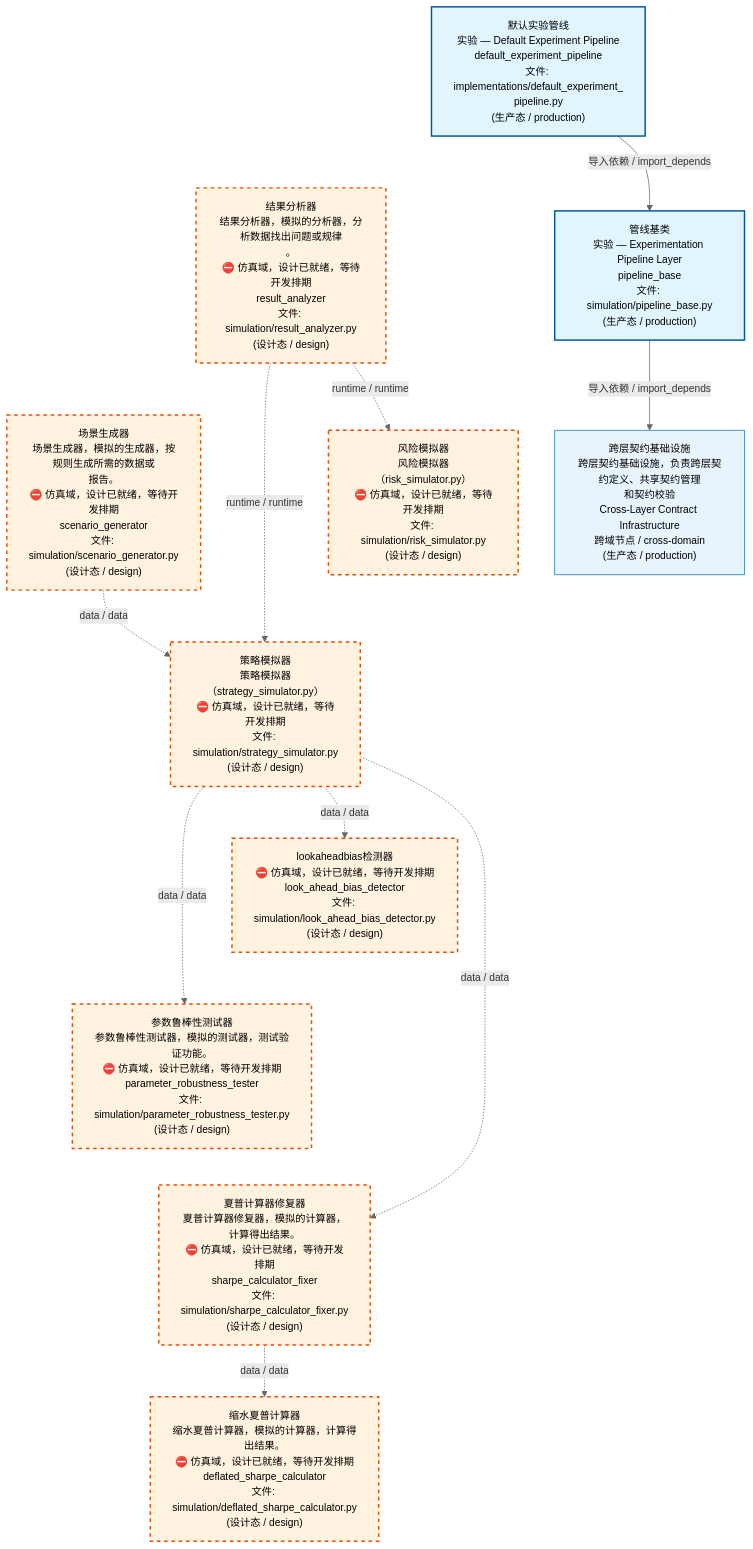
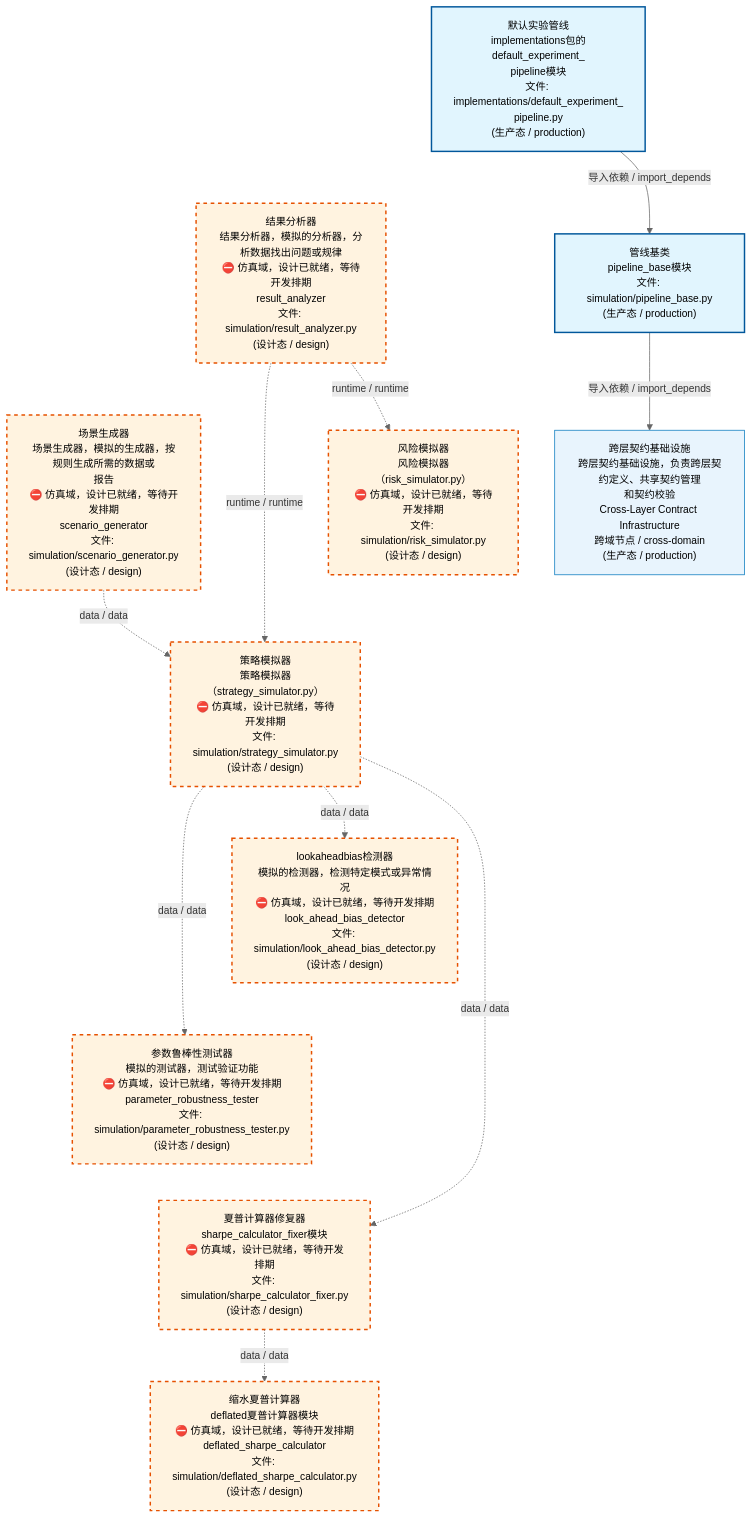
One commit to xuanFelixVan/ZephyrAlpha changed the first of 4 diagrams in docs/02_enterprise_architecture/02_domain_architecture_docs/70_d_simulation.md. Above: the diagram before and after it, drawn with Mermaid. The commit also changed other lines of this file and 62 other files, not shown here.

````diff
--- a/docs/02_enterprise_architecture/02_domain_architecture_docs/70_d_simulation.md
+++ b/docs/02_enterprise_architecture/02_domain_architecture_docs/70_d_simulation.md
@@ -53,37 +53,37 @@
 ```mermaid
 %%{init: {'theme': 'base', 'themeVariables': {'primaryColor': '#eaeaea', 'primaryTextColor': '#333333', 'primaryBorderColor': '#666666', 'lineColor': '#666666', 'secondaryColor': '#eaeaea', 'tertiaryColor': '#eaeaea', 'fontSize': '14px'}}}%%
 flowchart TD
-    src_zephyr_simulation_implementations_default_experiment_pipeline_py["默认实验管线<br/>实验 — Default Experiment Pipeline<br/>default_experiment_pipeline<br/>文件: implementations/default_experiment_<br/>pipeline.py<br/>(生产态 / production)"]
-    src_zephyr_simulation_result_analyzer_py["结果分析器<br/>结果分析器，模拟的分析器，分析数据找出问题或规律<br/>。<br/>⛔ 仿真域，设计已就绪，等待开发排期<br/>result_analyzer<br/>文件: simulation/result_analyzer.py<br/>(设计态 / design)"]
-    src_zephyr_simulation_scenario_generator_py["场景生成器<br/>场景生成器，模拟的生成器，按规则生成所需的数据或<br/>报告。<br/>⛔ 仿真域，设计已就绪，等待开发排期<br/>scenario_generator<br/>文件: simulation/scenario_generator.py<br/>(设计态 / design)"]
+    src_zephyr_simulation_implementations_default_experiment_pipeline_py["默认实验管线<br/>implementations包的default_experiment_<br/>pipeline模块<br/>文件: implementations/default_experiment_<br/>pipeline.py<br/>(生产态 / production)"]
+    src_zephyr_simulation_result_analyzer_py["结果分析器<br/>结果分析器，模拟的分析器，分析数据找出问题或规律<br/>⛔ 仿真域，设计已就绪，等待开发排期<br/>result_analyzer<br/>文件: simulation/result_analyzer.py<br/>(设计态 / design)"]
+    src_zephyr_simulation_scenario_generator_py["场景生成器<br/>场景生成器，模拟的生成器，按规则生成所需的数据或<br/>报告<br/>⛔ 仿真域，设计已就绪，等待开发排期<br/>scenario_generator<br/>文件: simulation/scenario_generator.py<br/>(设计态 / design)"]
     src_zephyr_simulation_implementations_default_experiment_pipeline_py ~~~ src_zephyr_simulation_result_analyzer_py
     src_zephyr_simulation_result_analyzer_py ~~~ src_zephyr_simulation_scenario_generator_py
-    src_zephyr_simulation_pipeline_base_py["管线基类<br/>实验 — Experimentation Pipeline Layer<br/>pipeline_base<br/>文件: simulation/pipeline_base.py<br/>(生产态 / production)"]
+    src_zephyr_simulation_pipeline_base_py["管线基类<br/>pipeline_base模块<br/>文件: simulation/pipeline_base.py<br/>(生产态 / production)"]
     src_zephyr_simulation_risk_simulator_py["风险模拟器<br/>风险模拟器（risk_simulator.py）<br/>⛔ 仿真域，设计已就绪，等待开发排期<br/>文件: simulation/risk_simulator.py<br/>(设计态 / design)"]
     src_zephyr_simulation_strategy_simulator_py["策略模拟器<br/>策略模拟器（strategy_simulator.py）<br/>⛔ 仿真域，设计已就绪，等待开发排期<br/>文件: simulation/strategy_simulator.py<br/>(设计态 / design)"]
     src_zephyr_simulation_pipeline_base_py ~~~ src_zephyr_simulation_risk_simulator_py
     src_zephyr_simulation_risk_simulator_py ~~~ src_zephyr_simulation_strategy_simulator_py
-    src_zephyr_simulation_look_ahead_bias_detector_py["lookaheadbias检测器<br/>⛔ 仿真域，设计已就绪，等待开发排期<br/>look_ahead_bias_detector<br/>文件: simulation/look_ahead_bias_detector.py<br/>(设计态 / design)"]
-    src_zephyr_simulation_parameter_robustness_tester_py["参数鲁棒性测试器<br/>参数鲁棒性测试器，模拟的测试器，测试验证功能。<br/>⛔ 仿真域，设计已就绪，等待开发排期<br/>parameter_robustness_tester<br/>文件: simulation/parameter_robustness_tester.py<br/>(设计态 / design)"]
-    src_zephyr_simulation_sharpe_calculator_fixer_py["夏普计算器修复器<br/>夏普计算器修复器，模拟的计算器，计算得出结果。<br/>⛔ 仿真域，设计已就绪，等待开发排期<br/>sharpe_calculator_fixer<br/>文件: simulation/sharpe_calculator_fixer.py<br/>(设计态 / design)"]
+    src_zephyr_simulation_look_ahead_bias_detector_py["lookaheadbias检测器<br/>模拟的检测器，检测特定模式或异常情况<br/>⛔ 仿真域，设计已就绪，等待开发排期<br/>look_ahead_bias_detector<br/>文件: simulation/look_ahead_bias_detector.py<br/>(设计态 / design)"]
+    src_zephyr_simulation_parameter_robustness_tester_py["参数鲁棒性测试器<br/>模拟的测试器，测试验证功能<br/>⛔ 仿真域，设计已就绪，等待开发排期<br/>parameter_robustness_tester<br/>文件: simulation/parameter_robustness_tester.py<br/>(设计态 / design)"]
+    src_zephyr_simulation_sharpe_calculator_fixer_py["夏普计算器修复器<br/>sharpe_calculator_fixer模块<br/>⛔ 仿真域，设计已就绪，等待开发排期<br/>文件: simulation/sharpe_calculator_fixer.py<br/>(设计态 / design)"]
     src_zephyr_simulation_look_ahead_bias_detector_py ~~~ src_zephyr_simulation_parameter_robustness_tester_py
     src_zephyr_simulation_parameter_robustness_tester_py ~~~ src_zephyr_simulation_sharpe_calculator_fixer_py
-    src_zephyr_simulation_deflated_sharpe_calculator_py["缩水夏普计算器<br/>缩水夏普计算器，模拟的计算器，计算得出结果。<br/>⛔ 仿真域，设计已就绪，等待开发排期<br/>deflated_sharpe_calculator<br/>文件: simulation/deflated_sharpe_calculator.py<br/>(设计态 / design)"]
+    src_zephyr_simulation_deflated_sharpe_calculator_py["缩水夏普计算器<br/>deflated夏普计算器模块<br/>⛔ 仿真域，设计已就绪，等待开发排期<br/>deflated_sharpe_calculator<br/>文件: simulation/deflated_sharpe_calculator.py<br/>(设计态 / design)"]
     src_zephyr_simulation_strategy_simulator_py -.->|data / data| src_zephyr_simulation_parameter_robustness_tester_py
     src_zephyr_simulation_strategy_simulator_py -.->|data / data| src_zephyr_simulation_look_ahead_bias_detector_py
     src_zephyr_simulation_strategy_simulator_py -.->|data / data| src_zephyr_simulation_sharpe_calculator_fixer_py
     src_zephyr_simulation_scenario_generator_py -.->|data / data| src_zephyr_simulation_strategy_simulator_py
     src_zephyr_simulation_result_analyzer_py -.->|runtime / runtime| src_zephyr_simulation_strategy_simulator_py
     src_zephyr_simulation_result_analyzer_py -.->|runtime / runtime| src_zephyr_simulation_risk_simulator_py
     src_zephyr_simulation_sharpe_calculator_fixer_py -.->|data / data| src_zephyr_simulation_deflated_sharpe_calculator_py
     src_zephyr_simulation_implementations_default_experiment_pipeline_py -->|导入依赖 / import_depends| src_zephyr_simulation_pipeline_base_py
     D_INFRASTRUCTURE["跨层契约基础设施<br/>跨层契约基础设施，负责跨层契约定义、共享契约管理<br/>和契约校验<br/>Cross-Layer Contract Infrastructure<br/>跨域节点 / cross-domain<br/>(生产态 / production)"]
     src_zephyr_simulation_pipeline_base_py -->|导入依赖 / import_depends| D_INFRASTRUCTURE
     classDef production fill:#e1f5fe,stroke:#01579b,stroke-width:2px,color:#000
     classDef design fill:#fff3e0,stroke:#e65100,stroke-width:2px,color:#000,stroke-dasharray: 5 5
     classDef external_prod fill:#e8f4fd,stroke:#0277bd,stroke-width:1px,color:#000
     classDef external_design fill:#fff8e7,stroke:#ef6c00,stroke-width:1px,color:#000,stroke-dasharray: 5 5
     class src_zephyr_simulation_implementations_default_experiment_pipeline_py,src_zephyr_simulation_pipeline_base_py production
     class src_zephyr_simulation_deflated_sharpe_calculator_py,src_zephyr_simulation_look_ahead_bias_detector_py,src_zephyr_simulation_parameter_robustness_tester_py,src_zephyr_simulation_result_analyzer_py,src_zephyr_simulation_risk_simulator_py,src_zephyr_simulation_scenario_generator_py,src_zephyr_simulation_sharpe_calculator_fixer_py,src_zephyr_simulation_strategy_simulator_py design
     class D_INFRASTRUCTURE external_prod
 ```
````
